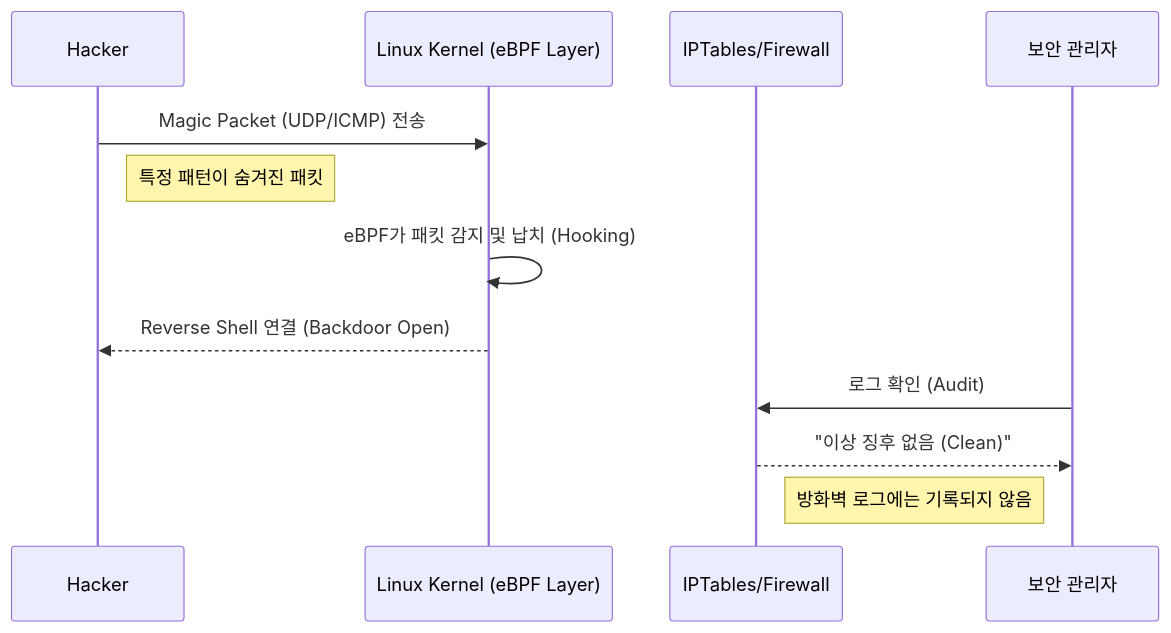
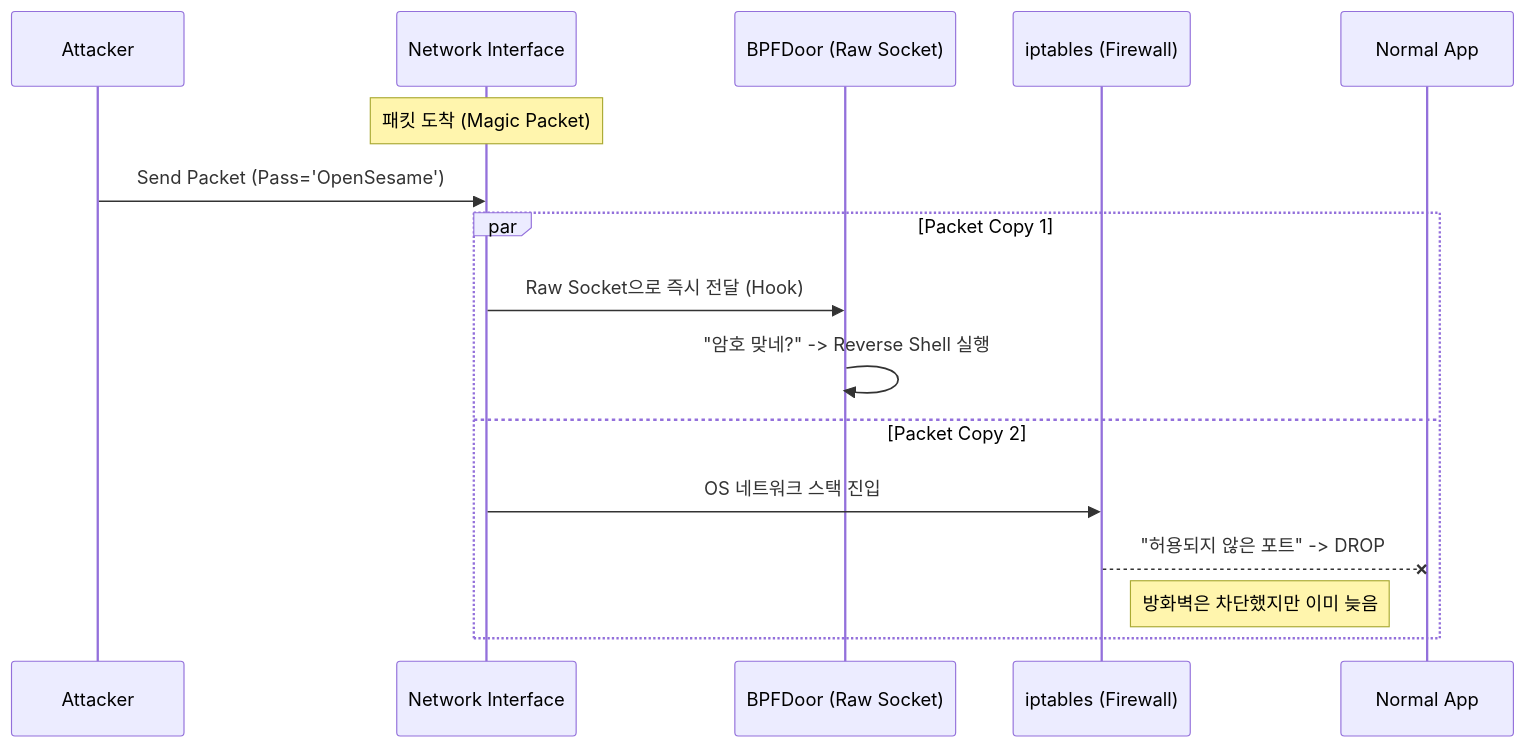
The diagram in _posts/2025-12-01-bpfdoor-analysis.md (sportlight/sportlight.github.io), drawn with Mermaid before and after one commit. The commit also changed other lines of this file, not shown here.

````diff
--- a/_posts/2025-12-01-bpfdoor-analysis.md
+++ b/_posts/2025-12-01-bpfdoor-analysis.md
@@ -29,16 +48,20 @@
 ```mermaid
 sequenceDiagram
-    participant Hacker
-    participant Kernel as Linux Kernel (eBPF Layer)
-    participant Firewall as IPTables/Firewall
-    participant Admin as 보안 관리자
+    participant Attacker
+    participant NIC as Network Interface
+    participant BPF as BPFDoor (Raw Socket)
+    participant IPTables as iptables (Firewall)
+    participant App as Normal App
 
-    Hacker->>Kernel: Magic Packet (UDP/ICMP) 전송
-    Note right of Hacker: 특정 패턴이 숨겨진 패킷
-    Kernel->>Kernel: eBPF가 패킷 감지 및 납치 (Hooking)
-    Kernel-->>Hacker: Reverse Shell 연결 (Backdoor Open)
+    Note over NIC: 패킷 도착 (Magic Packet)
+    Attacker->>NIC: Send Packet (Pass='OpenSesame')
     
-    Admin->>Firewall: 로그 확인 (Audit)
-    Firewall-->>Admin: "이상 징후 없음 (Clean)"
-    Note right of Firewall: 방화벽 로그에는 기록되지 않음
+    par Packet Copy 1
+        NIC->>BPF: Raw Socket으로 즉시 전달 (Hook)
+        BPF->>BPF: "암호 맞네?" -> Reverse Shell 실행
+    and Packet Copy 2
+        NIC->>IPTables: OS 네트워크 스택 진입
+        IPTables--XApp: "허용되지 않은 포트" -> DROP
+        Note right of IPTables: 방화벽은 차단했지만 이미 늦음
+    end
 ```
````
